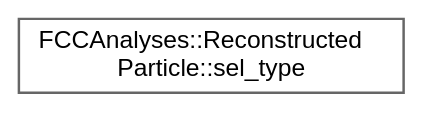
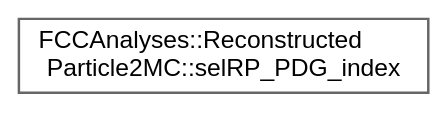
Before and after one commit to HEP-FCC/FCCAnalyses: the diagram in doc/latest/inherit_graph_62.dot, drawn with Graphviz. The commit also changed 117 other files, not shown here.

```diff
--- a/doc/latest/inherit_graph_62.dot
+++ b/doc/latest/inherit_graph_62.dot
@@ -1,9 +1,9 @@
 digraph "Graphical Class Hierarchy"
 {
  // LATEX_PDF_SIZE
   bgcolor="transparent";
   edge [fontname=Helvetica,fontsize=10,labelfontname=Helvetica,labelfontsize=10];
   node [fontname=Helvetica,fontsize=10,shape=box,height=0.2,width=0.4];
   rankdir="LR";
-  Node0 [id="Node000000",label="FCCAnalyses::Reconstructed\lParticle::sel_type",height=0.2,width=0.4,color="grey40", fillcolor="white", style="filled",URL="$structFCCAnalyses_1_1ReconstructedParticle_1_1sel__type.html",tooltip="select ReconstructedParticles by type Note: type might not correspond to PDG ID"];
+  Node0 [id="Node000000",label="FCCAnalyses::Reconstructed\lParticle2MC::selRP_PDG_index",height=0.2,width=0.4,color="grey40", fillcolor="white", style="filled",URL="$structFCCAnalyses_1_1ReconstructedParticle2MC_1_1selRP__PDG__index.html",tooltip="select ReconstructedParticles matched with a MC particle of a given PDG_id"];
 }
```
